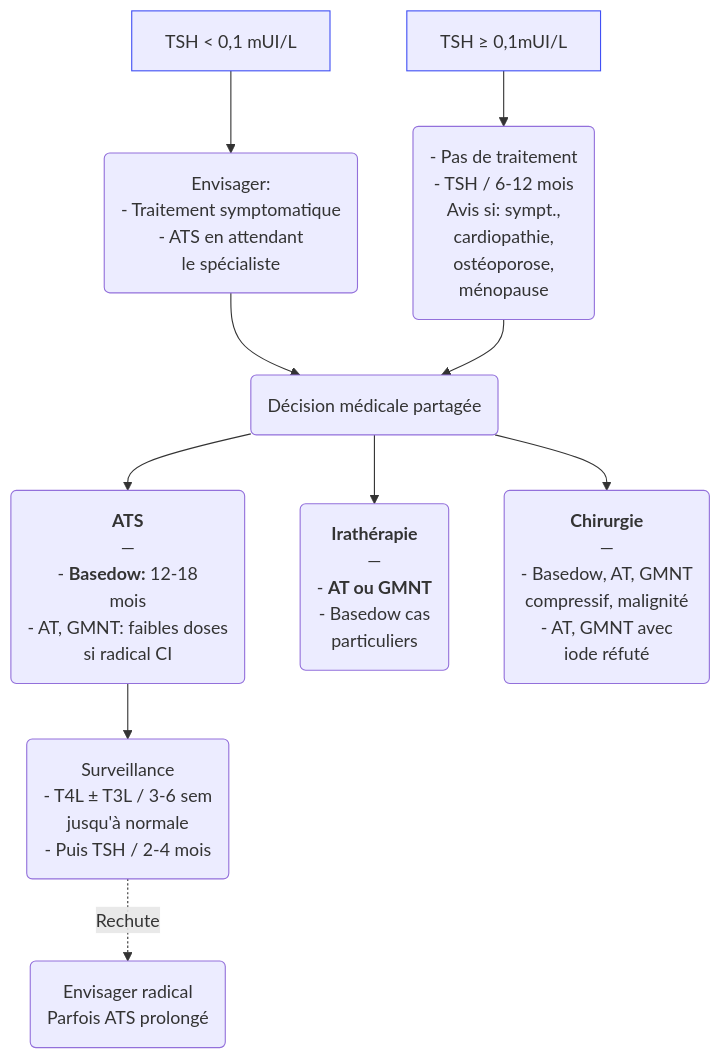
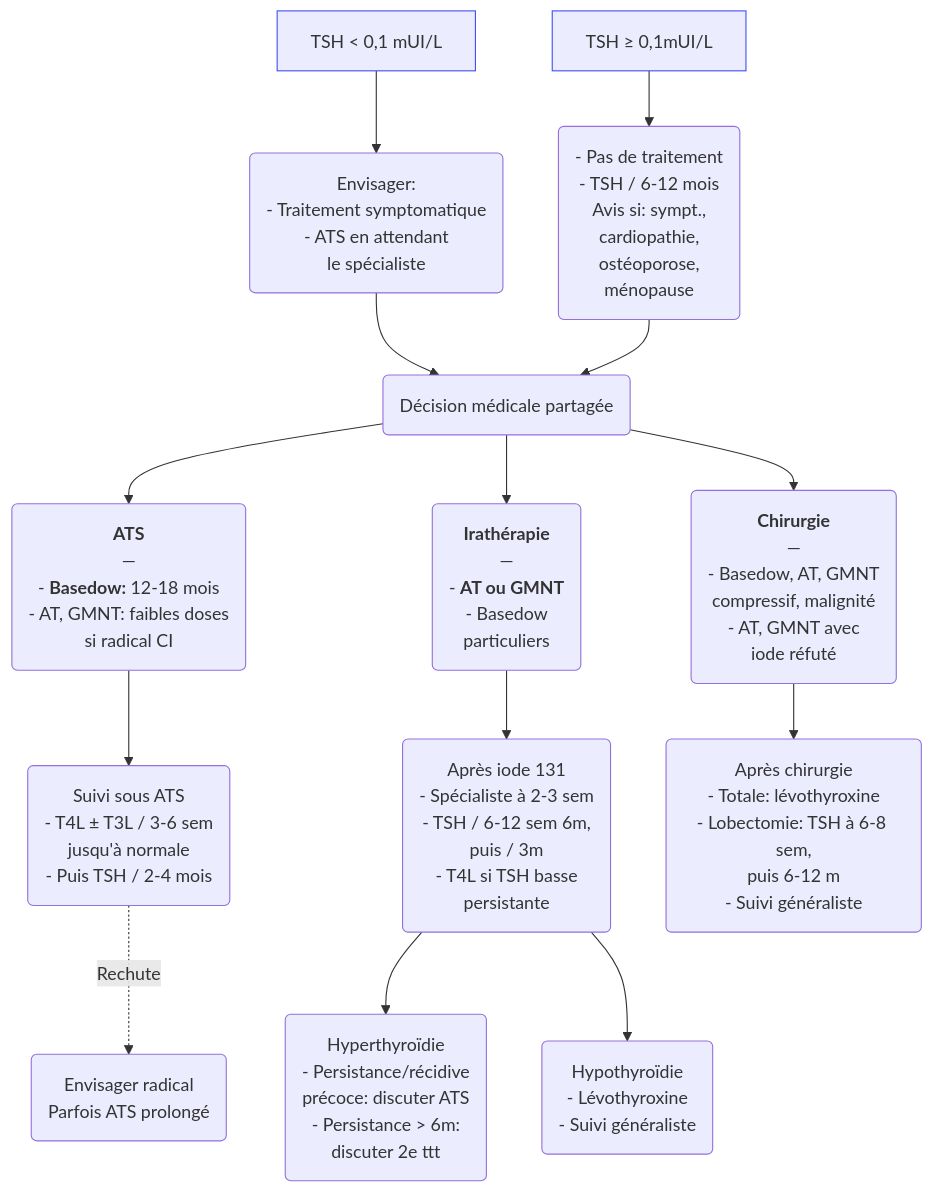
One commit to djibe/recommandations-medicales changed the second of 2 diagrams in content/recommandations/hyperthyroidie.md. Above: the diagram before and after it, drawn with Mermaid. The commit also changed other lines of this file and 8 other files, not shown here.

```diff
--- a/content/recommandations/hyperthyroidie.md
+++ b/content/recommandations/hyperthyroidie.md
@@ -520,10 +519,11 @@
 {{< mermaid title="Prise en charge et traitement d'une hyperthyroïdie de l'adulte avant 65 ans. Dr JB Fron d'après HAS 2022" >}}
 graph TB
 effondrée["TSH &lt; 0,1 mUI/L"] --> hyperthyroïdieAvérée("Envisager:<br>- Traitement symptomatique<br>- ATS en attendant<br>le spécialiste") --> décision
-  décision(Décision médicale partagée) --> ATS("<b>ATS</b><br>—<br>- <b>Basedow:</b> 12-18<br>mois<br>- AT, GMNT: faibles doses<br>si radical CI") --> ATSSurveillance("Surveillance<br>- T4L ± T3L / 3-6 sem<br>jusqu'à normale<br>- Puis TSH / 2-4 mois") -. Rechute .-> ATSRechute("Envisager radical<br>Parfois ATS prolongé")
-    décision --> irathérapie("<b>Irathérapie</b><br>—<br>- <b>AT ou GMNT</b><br>- Basedow cas<br>particuliers")
-    décision --> chirurgie(<b>Chirurgie</b><br>—<br>- Basedow, AT, GMNT<br>compressif, malignité<br>- AT, GMNT avec<br>iode réfuté)
+  décision(Décision médicale partagée) --> ATS("<b>ATS</b><br>—<br>- <b>Basedow:</b> 12-18 mois<br>- AT, GMNT: faibles doses<br>si radical CI") --> ATSSurveillance("Suivi sous ATS<br>- T4L ± T3L / 3-6 sem<br>jusqu'à normale<br>- Puis TSH / 2-4 mois") -. Rechute .-> ATSRechute("Envisager radical<br>Parfois ATS prolongé")
+    décision --> irathérapie("<b>Irathérapie</b><br>—<br>- <b>AT ou GMNT</b><br>- Basedow<br>particuliers") --> irathérapie2("Après iode 131<br>- Spécialiste à 2-3 sem<br>- TSH / 6-12 sem 6m,<br>puis / 3m<br>- T4L si TSH basse<br>persistante") --> irathérapie3("Hyperthyroïdie<br>- Persistance/récidive<br>précoce: discuter ATS<br>- Persistance &gt; 6m:<br>discuter 2e ttt")
+    irathérapie2 --> hypo("Hypothyroïdie<br>- Lévothyroxine<br>- Suivi généraliste")
+    décision --> chirurgie("<b>Chirurgie</b><br>—<br>- Basedow, AT, GMNT<br>compressif, malignité<br>- AT, GMNT avec<br>iode réfuté") --> chirurgie2("Après chirurgie<br>- Totale: lévothyroxine<br>- Lobectomie: TSH à 6-8 sem,<br>puis 6-12 m<br>- Suivi généraliste")
 style effondrée stroke:#4150f5, stroke-width:1px
 haute["TSH &ge; 0,1mUI/L"] --> haute2("- Pas de traitement<br>- TSH / 6-12 mois<br>Avis si: sympt.,<br>cardiopathie,<br>ostéoporose,<br>ménopause") --> décision
 style haute stroke:#4150f5, stroke-width:1px
 {{< /mermaid >}}
```
